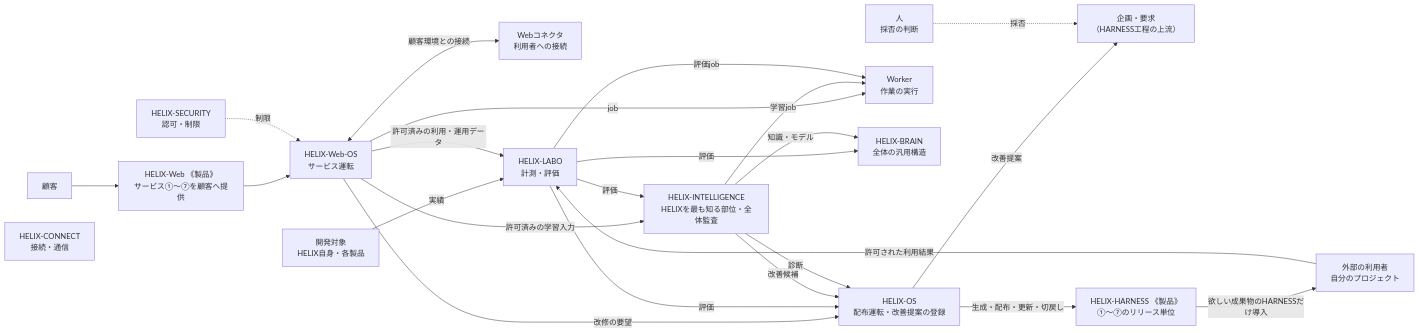
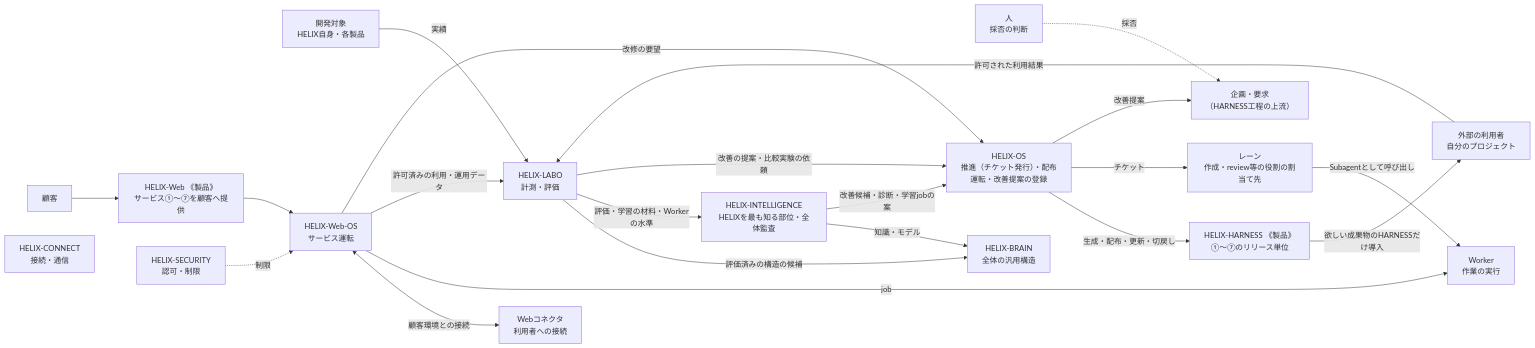
One commit to RetryYN/HELIX-HARNESS changed the third of 3 diagrams in docs/concept/helix-concept.md. Above: the diagram before and after it, drawn with Mermaid. The commit also changed other lines of this file and 174 other files, not shown here.

````diff
--- a/docs/concept/helix-concept.md
+++ b/docs/concept/helix-concept.md
@@ -165,42 +166,41 @@
 ```mermaid
 flowchart LR
     REQ2["企画・要求<br/>（HARNESS工程の上流）"]
     Human["人<br/>採否の判断"]
     Targets["開発対象<br/>HELIX自身・各製品"]
     PKG["HELIX-HARNESS 《製品》<br/>①〜⑦のリリース単位"]
     ExtUser["外部の利用者<br/>自分のプロジェクト"]
     Customer["顧客"]
     WEB["HELIX-Web 《製品》<br/>サービス①〜⑦を顧客へ提供"]
     WEBOS["HELIX-Web-OS<br/>サービス運転"]
     WEBCONN["Webコネクタ<br/>利用者への接続"]
     CONNECT["HELIX-CONNECT<br/>接続・通信"]
+    LANES2["レーン<br/>作成・review等の役割の割当て先"]
     WORKER["Worker<br/>作業の実行"]
     LABO["HELIX-LABO<br/>計測・評価"]
     INT["HELIX-INTELLIGENCE<br/>HELIXを最も知る部位・全体監査"]
     BRAIN["HELIX-BRAIN<br/>全体の汎用構造"]
-    OS["HELIX-OS<br/>配布運転・改善提案の登録"]
+    OS["HELIX-OS<br/>推進（チケット発行）・配布運転・改善提案の登録"]
     SEC["HELIX-SECURITY<br/>認可・制限"]
 
     OS -->|生成・配布・更新・切戻し| PKG
     PKG -->|欲しい成果物のHARNESSだけ導入| ExtUser
     ExtUser -->|許可された利用結果| LABO
     Customer --> WEB
     WEB --> WEBOS
     WEBOS <-->|顧客環境との接続| WEBCONN
     WEBOS -->|job| WORKER
     SEC -.->|制限| WEBOS
     Targets -->|実績| LABO
     WEBOS -->|許可済みの利用・運用データ| LABO
-    WEBOS -->|許可済みの学習入力| INT
     WEBOS -->|改修の要望| OS
-    LABO -->|評価| BRAIN
-    LABO -->|評価| INT
-    LABO -->|評価| OS
+    LABO -->|評価済みの構造の候補| BRAIN
+    LABO -->|評価・学習の材料・Workerの水準| INT
+    LABO -->|改善の提案・比較実験の依頼| OS
     INT -->|知識・モデル| BRAIN
-    INT -->|改善候補| OS
-    INT -->|学習job| WORKER
-    LABO -->|評価job| WORKER
-    INT -->|診断| OS
+    INT -->|改善候補・診断・学習jobの案| OS
+    OS -->|チケット| LANES2
+    LANES2 -->|Subagentとして呼び出し| WORKER
     OS -->|改善提案| REQ2
     Human -.->|採否| REQ2
 ```
````
